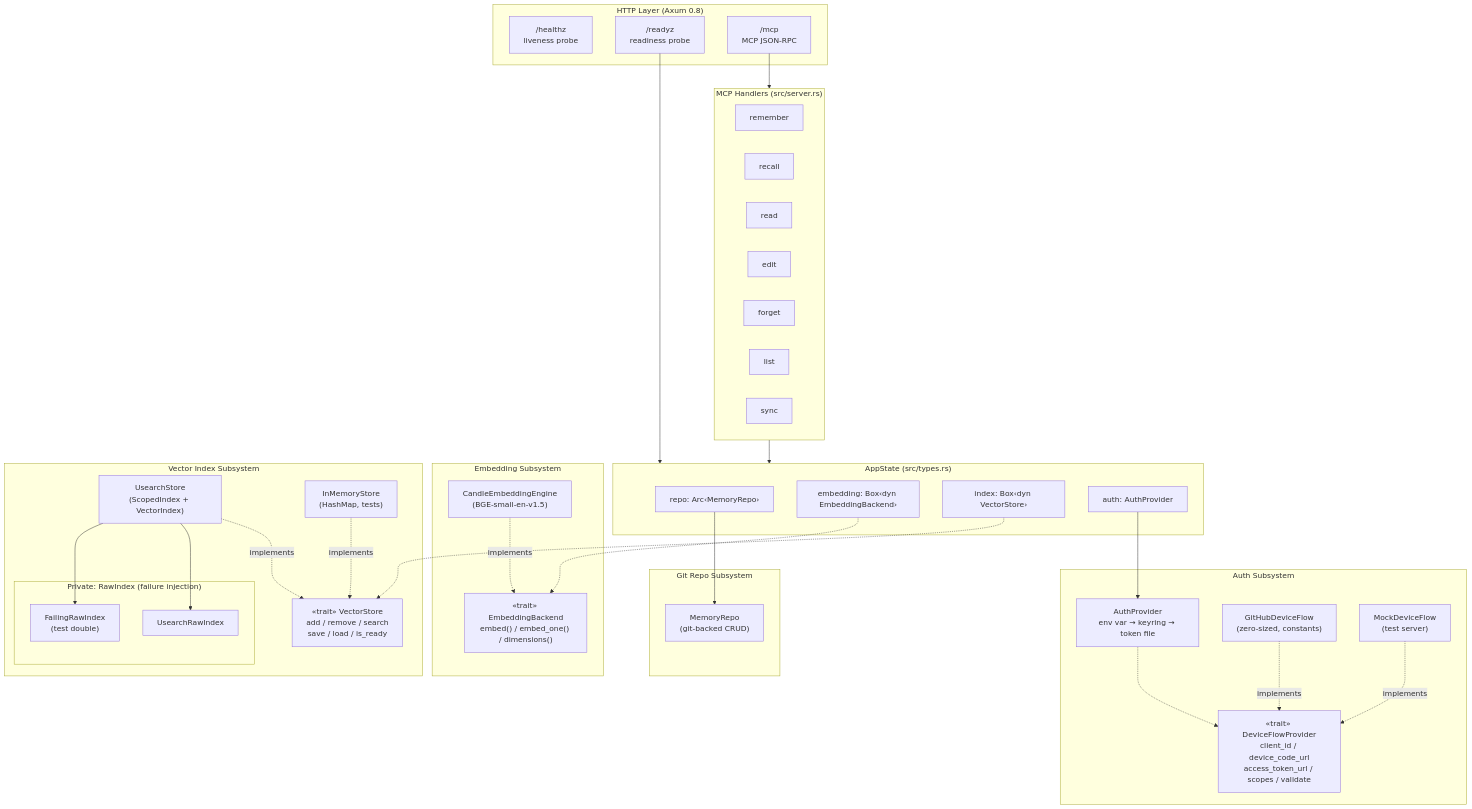
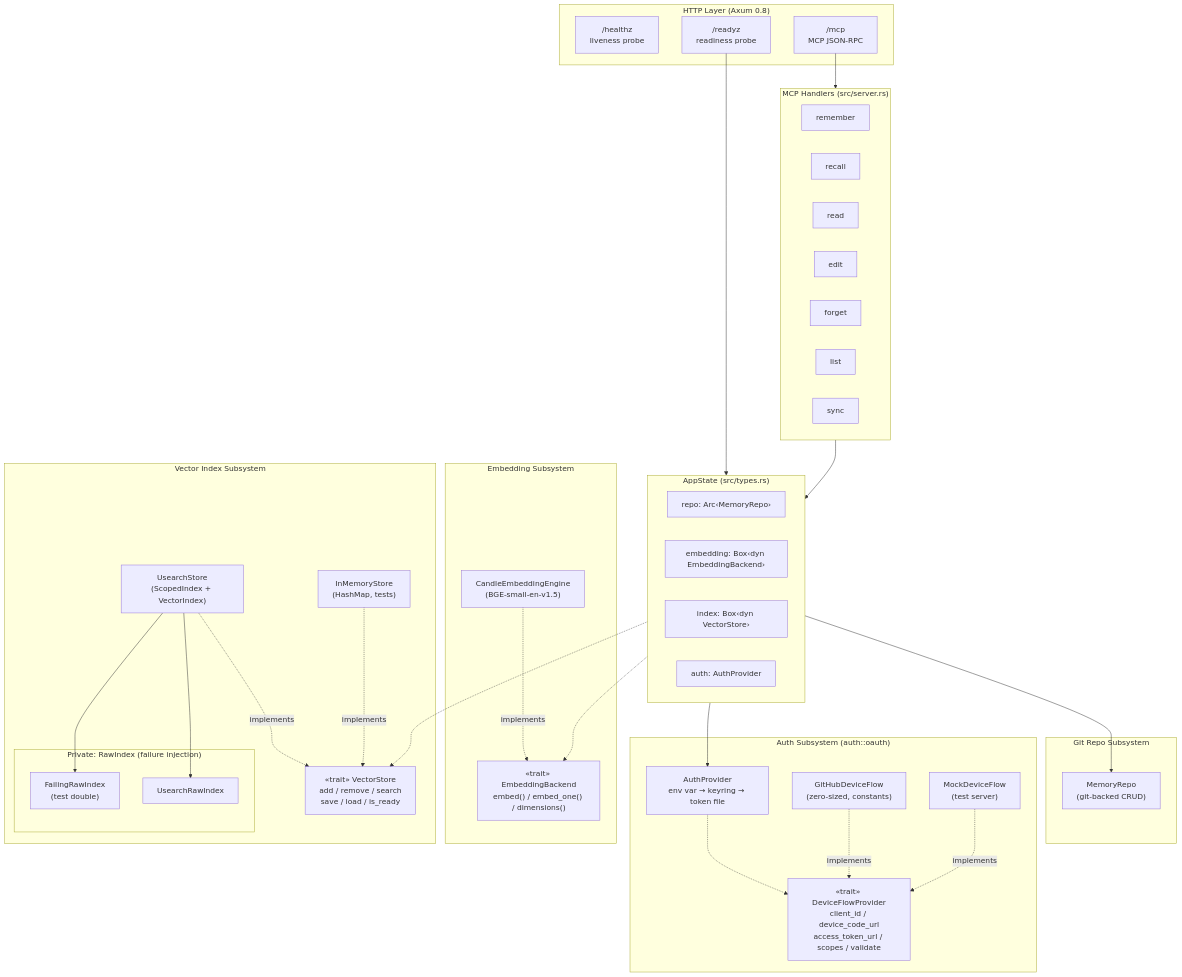
One commit to butterflyskies/memory-mcp changed the second of 6 diagrams in docs/design/phase2-quality/architecture.md. Above: the diagram before and after it, drawn with Mermaid.

Commit message:
docs: restructure component diagram — AppState on top, subsystems below
Vertical flow from HTTP → Handlers → AppState → subsystems makes
the ownership arrows easier to follow.

````diff
--- a/docs/design/phase2-quality/architecture.md
+++ b/docs/design/phase2-quality/architecture.md
@@ -104,70 +104,70 @@
 ```mermaid
-graph TB
+graph TD
     subgraph HTTP["HTTP Layer (Axum 0.8)"]
         healthz["/healthz<br/>liveness probe"]
         readyz["/readyz<br/>readiness probe"]
         mcppath["/mcp<br/>MCP JSON-RPC"]
     end
 
     subgraph Handlers["MCP Handlers (src/server.rs)"]
+        direction LR
         remember["remember"]
         recall["recall"]
         read_h["read"]
         edit_h["edit"]
         forget_h["forget"]
         list_h["list"]
         sync_h["sync"]
     end
 
     subgraph State["AppState (src/types.rs)"]
+        direction LR
         repo["repo: Arc‹MemoryRepo›"]
         embedding_field["embedding: Box‹dyn EmbeddingBackend›"]
         index_field["index: Box‹dyn VectorStore›"]
         auth_field["auth: AuthProvider"]
     end
 
+    mcppath --> Handlers
+    readyz --> State
+    Handlers --> State
+
+    subgraph RepoSub["Git Repo Subsystem"]
+        MR["MemoryRepo<br/>(git-backed CRUD)"]
+    end
+
     subgraph EmbeddingSub["Embedding Subsystem"]
         EB["«trait» EmbeddingBackend<br/>embed() / embed_one() / dimensions()"]
         Candle["CandleEmbeddingEngine<br/>(BGE-small-en-v1.5)"]
+        Candle -.->|implements| EB
     end
 
     subgraph VectorSub["Vector Index Subsystem"]
         VS["«trait» VectorStore<br/>add / remove / search<br/>save / load / is_ready"]
         UStore["UsearchStore<br/>(ScopedIndex + VectorIndex)"]
         IMStore["InMemoryStore<br/>(HashMap, tests)"]
+        UStore -.->|implements| VS
+        IMStore -.->|implements| VS
         subgraph RawIdx["Private: RawIndex (failure injection)"]
             URaw["UsearchRawIndex"]
             FRaw["FailingRawIndex<br/>(test double)"]
         end
+        UStore --> URaw
+        UStore --> FRaw
     end
 
-    subgraph AuthSub["Auth Subsystem"]
+    subgraph AuthSub["Auth Subsystem (auth::oauth)"]
         AP["AuthProvider<br/>env var → keyring → token file"]
         DFP["«trait» DeviceFlowProvider<br/>client_id / device_code_url<br/>access_token_url / scopes / validate"]
         GDF["GitHubDeviceFlow<br/>(zero-sized, constants)"]
         MDF["MockDeviceFlow<br/>(test server)"]
+        GDF -.->|implements| DFP
+        MDF -.->|implements| DFP
+        AP -.-> DFP
     end
 
-    subgraph RepoSub["Git Repo Subsystem"]
-        MR["MemoryRepo<br/>(git-backed CRUD)"]
-    end
-
-    mcppath --> Handlers
-    Handlers --> State
-    readyz --> State
-
+    repo --> MR
     embedding_field -.-> EB
-    Candle -.->|implements| EB
-
     index_field -.-> VS
-    UStore -.->|implements| VS
-    IMStore -.->|implements| VS
-    UStore --> URaw
-    UStore --> FRaw
-
-    repo --> MR
     auth_field --> AP
-    AP -.-> DFP
-    GDF -.->|implements| DFP
-    MDF -.->|implements| DFP
 ```
````
